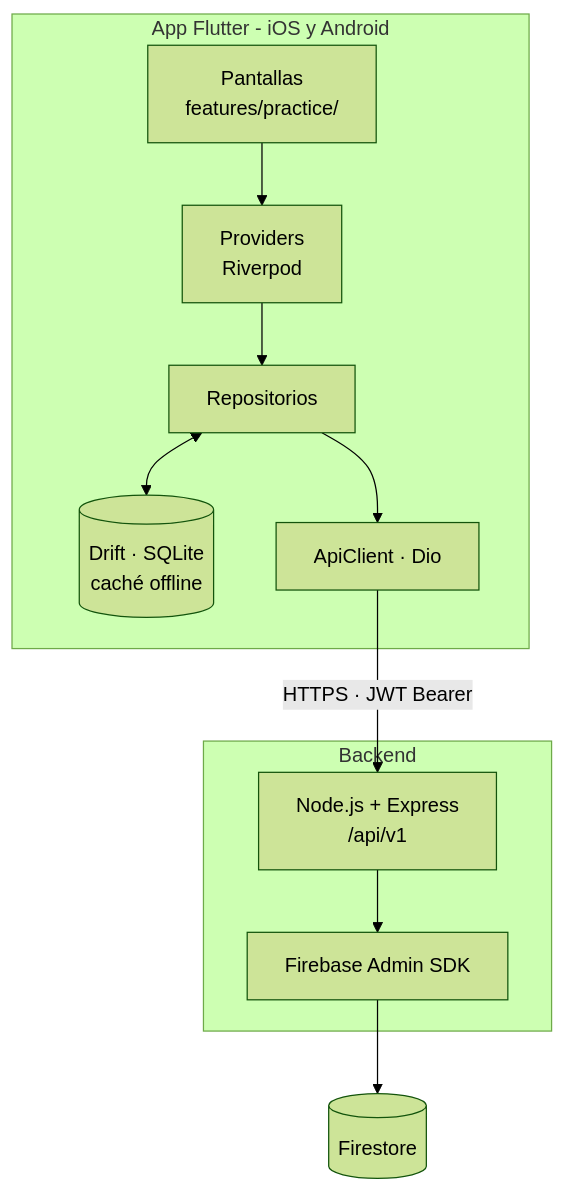
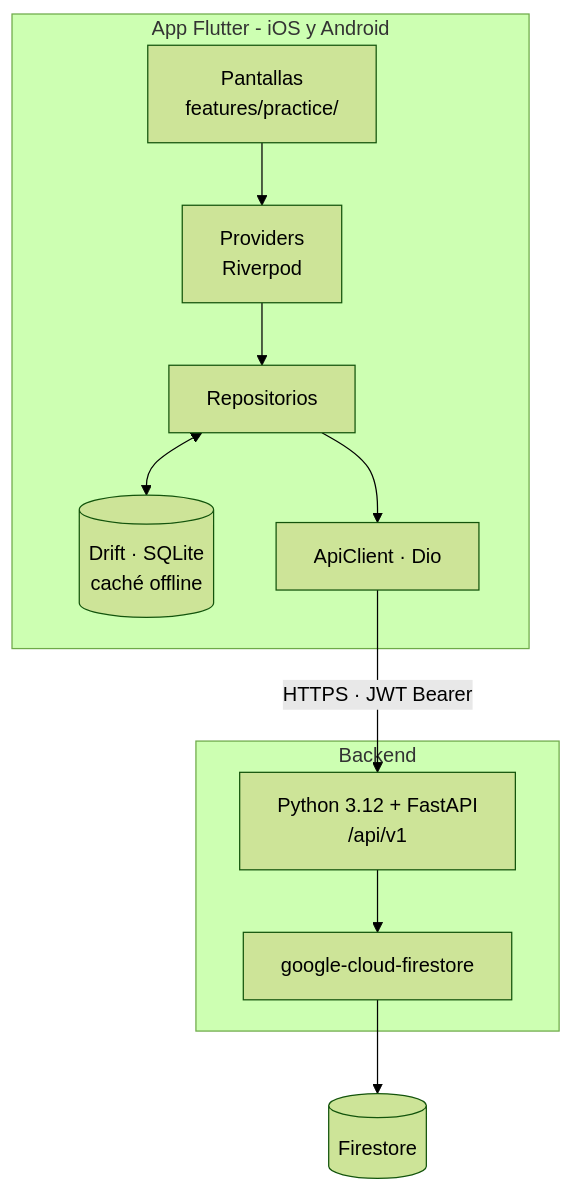
One commit to Jere4k1080/aprueba_app_modulo_preguntas changed the diagram in README.md. Above: the diagram before and after it, drawn with Mermaid (forest theme). The commit also changed other lines of this file and 5 other files, not shown here.

````diff
--- a/README.md
+++ b/README.md
@@ -137,25 +139,25 @@
 ```mermaid
 flowchart TD
     subgraph client["App Flutter - iOS y Android"]
         UI["Pantallas<br/>features/practice/"]
         PROV["Providers<br/>Riverpod"]
         REPO["Repositorios"]
         CACHE[("Drift · SQLite<br/>caché offline")]
         API["ApiClient · Dio"]
     end
 
     subgraph server["Backend"]
-        EXPRESS["Node.js + Express<br/>/api/v1"]
-        SDK["Firebase Admin SDK"]
+        FASTAPI["Python 3.12 + FastAPI<br/>/api/v1"]
+        SDK["google-cloud-firestore"]
     end
 
     DB[("Firestore")]
 
     UI --> PROV
     PROV --> REPO
     REPO --> API
     REPO <--> CACHE
-    API -->|"HTTPS · JWT Bearer"| EXPRESS
-    EXPRESS --> SDK
+    API -->|"HTTPS · JWT Bearer"| FASTAPI
+    FASTAPI --> SDK
     SDK --> DB
 ```
````
